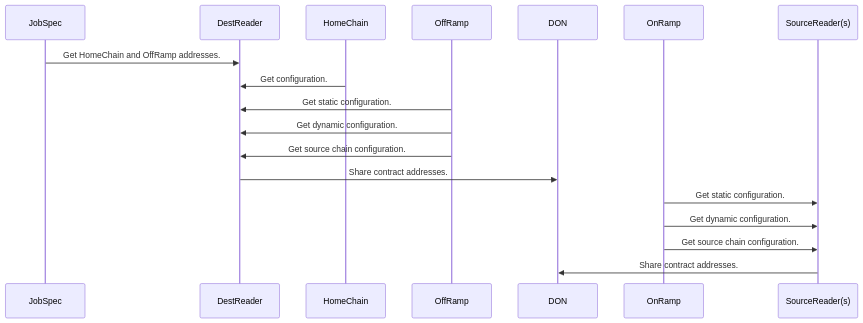
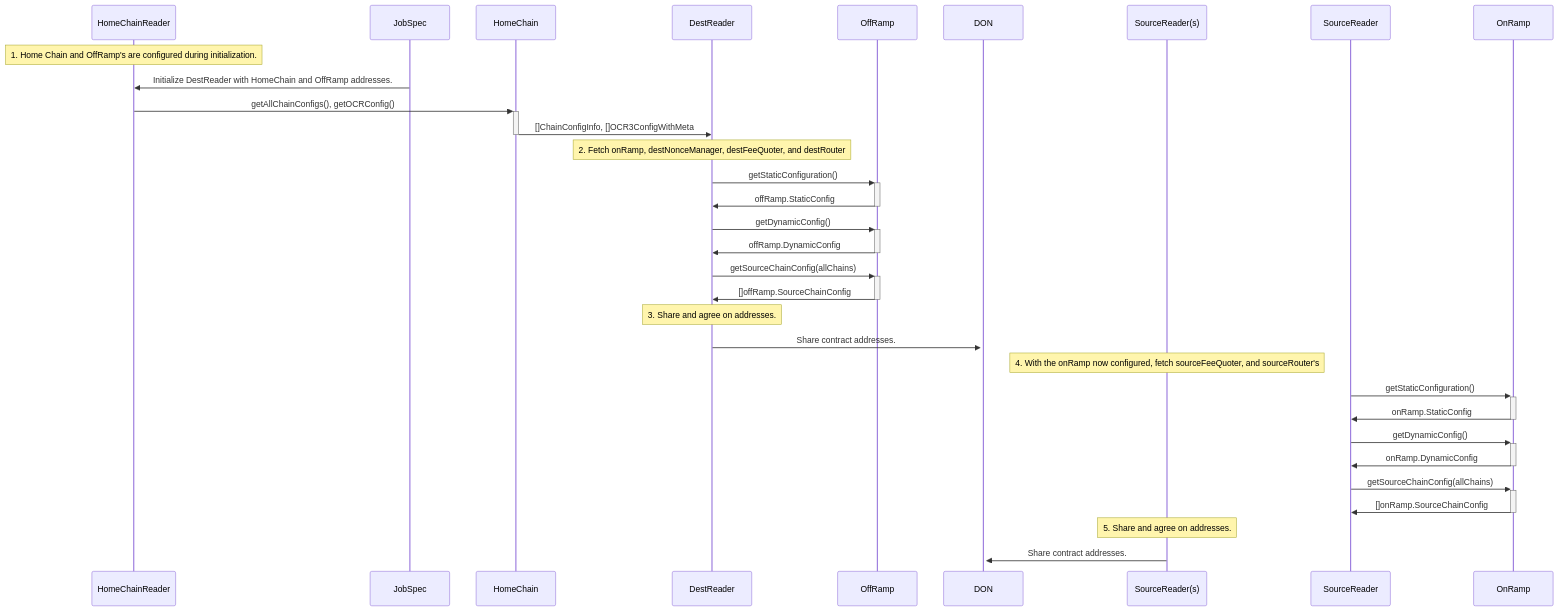
Before and after one commit to smartcontractkit/chainlink-ccip: the diagram in docs/configuration.md, drawn with Mermaid.

Commit message:
Redo mermaid diagram.

````diff
--- a/docs/configuration.md
+++ b/docs/configuration.md
@@ -228,13 +228,29 @@
 ```mermaid
 sequenceDiagram
-JobSpec ->> DestReader: Get HomeChain and OffRamp addresses.
-HomeChain ->> DestReader: Get configuration.
-OffRamp ->> DestReader: Get static configuration.
-OffRamp ->> DestReader: Get dynamic configuration.
-OffRamp ->> DestReader: Get source chain configuration.
-DestReader ->> DON: Share contract addresses.
-OnRamp ->> SourceReader(s): Get static configuration.
-OnRamp ->> SourceReader(s): Get dynamic configuration.
-OnRamp ->> SourceReader(s): Get source chain configuration.
+note over HomeChainReader: 1. Home Chain and OffRamp's are configured during initialization.
+JobSpec ->> HomeChainReader: Initialize DestReader with HomeChain and OffRamp addresses.
+HomeChainReader ->>+ HomeChain: getAllChainConfigs(), getOCRConfig()
+HomeChain ->>- DestReader: []ChainConfigInfo, []OCR3ConfigWithMeta
+
+note over DestReader: 2. Fetch onRamp, destNonceManager, destFeeQuoter, and destRouter
+DestReader ->>+ OffRamp: getStaticConfiguration()
+OffRamp ->>- DestReader: offRamp.StaticConfig
+DestReader ->>+ OffRamp: getDynamicConfig()
+OffRamp ->>- DestReader: offRamp.DynamicConfig
+DestReader ->>+ OffRamp: getSourceChainConfig(allChains)
+OffRamp ->>- DestReader: []offRamp.SourceChainConfig
+
+note over DestReader: 3. Share and agree on addresses.
+DestReader ->>+ DON: Share contract addresses.
+
+note over SourceReader(s): 4. With the onRamp now configured, fetch sourceFeeQuoter, and sourceRouter's
+SourceReader ->>+ OnRamp: getStaticConfiguration()
+OnRamp ->>- SourceReader: onRamp.StaticConfig
+SourceReader ->>+ OnRamp: getDynamicConfig()
+OnRamp ->>- SourceReader: onRamp.DynamicConfig
+SourceReader ->>+ OnRamp: getSourceChainConfig(allChains)
+OnRamp ->>- SourceReader: []onRamp.SourceChainConfig
+
+note over SourceReader(s): 5. Share and agree on addresses.
 SourceReader(s) ->> DON: Share contract addresses.
 ```
````
